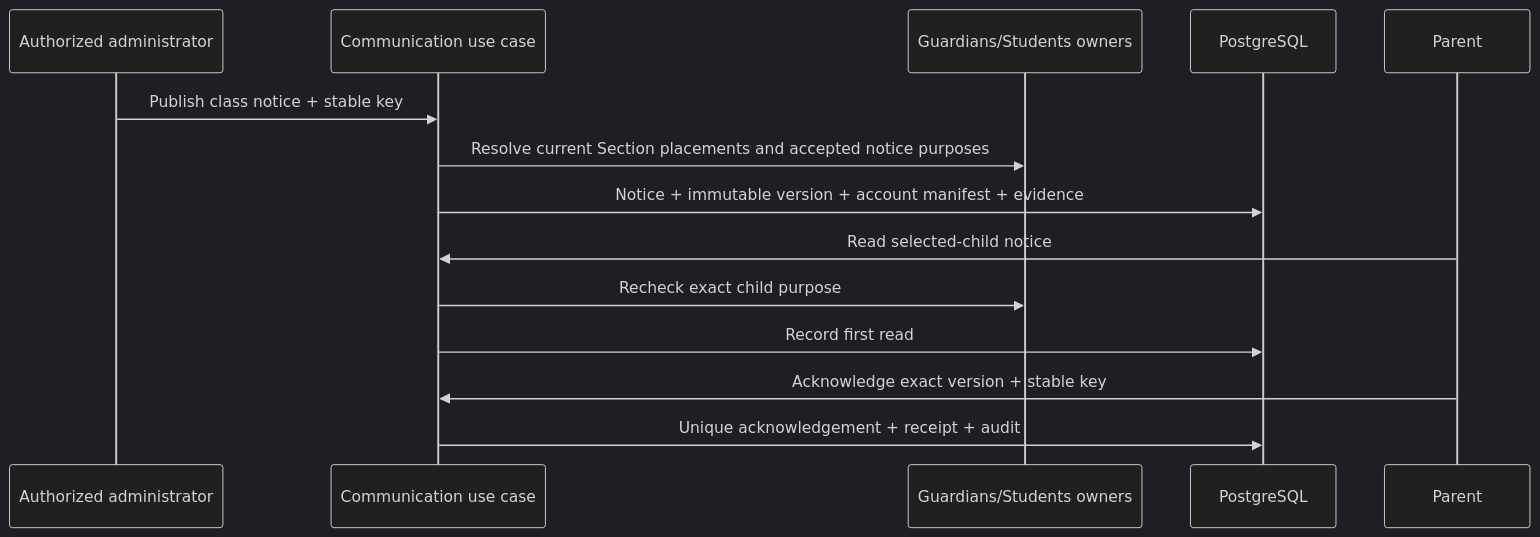
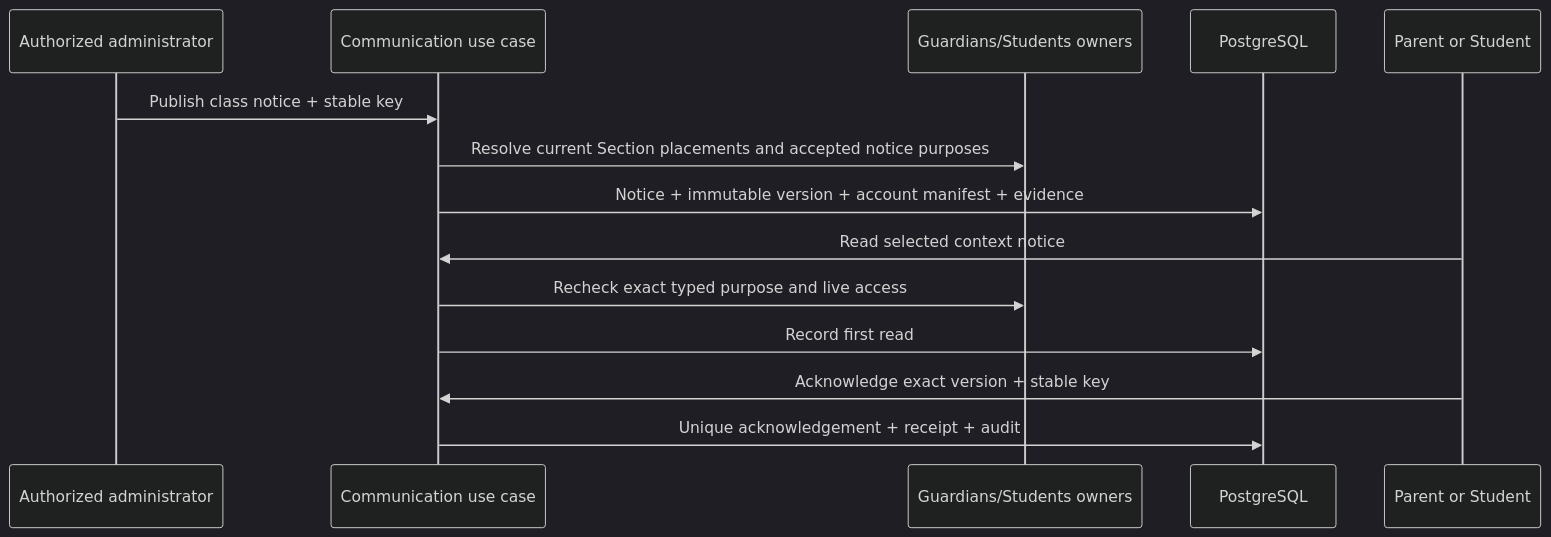
Before and after one commit to svenk15/vyapti_vschool: the diagram in docs/modules/communication/DESIGN.md, drawn with Mermaid (dark theme). The commit also changed other lines of this file and 55 other files, not shown here.

Commit message:
Complete Student notice projection and safe withdrawal

````diff
--- a/docs/modules/communication/DESIGN.md
+++ b/docs/modules/communication/DESIGN.md
@@ -38,16 +41,16 @@
 ```mermaid
 sequenceDiagram
   participant A as Authorized administrator
   participant C as Communication use case
   participant G as Guardians/Students owners
   participant D as PostgreSQL
-  participant P as Parent
+  participant R as Parent or Student
   A->>C: Publish class notice + stable key
   C->>G: Resolve current Section placements and accepted notice purposes
   C->>D: Notice + immutable version + account manifest + evidence
-  P->>C: Read selected-child notice
-  C->>G: Recheck exact child purpose
+  R->>C: Read selected context notice
+  C->>G: Recheck exact typed purpose and live access
   C->>D: Record first read
-  P->>C: Acknowledge exact version + stable key
+  R->>C: Acknowledge exact version + stable key
   C->>D: Unique acknowledgement + receipt + audit
 ```
````
